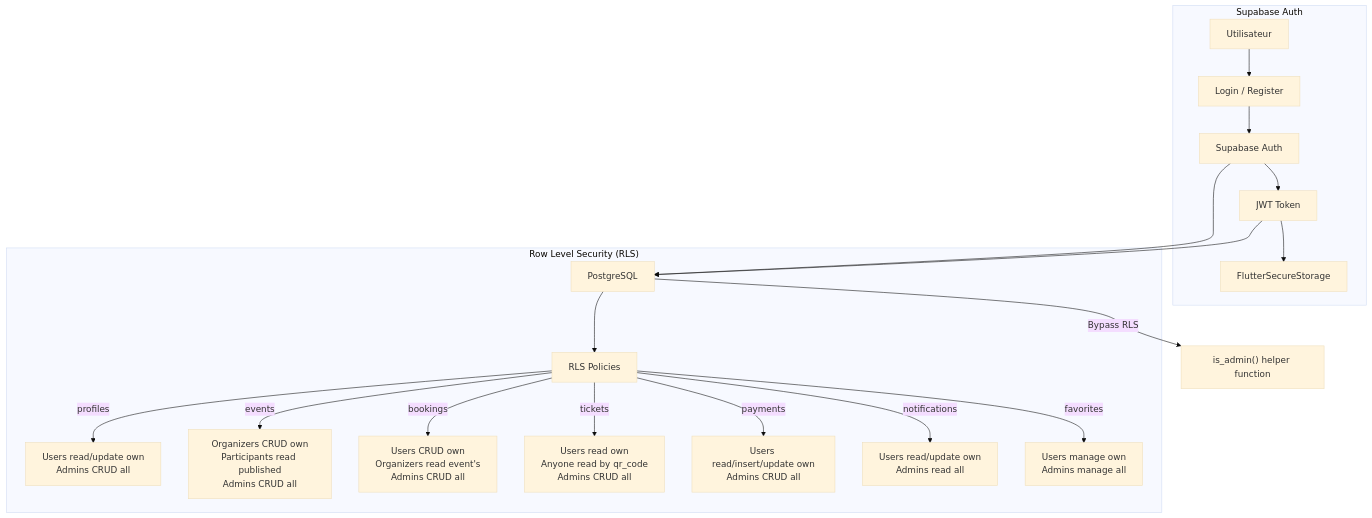
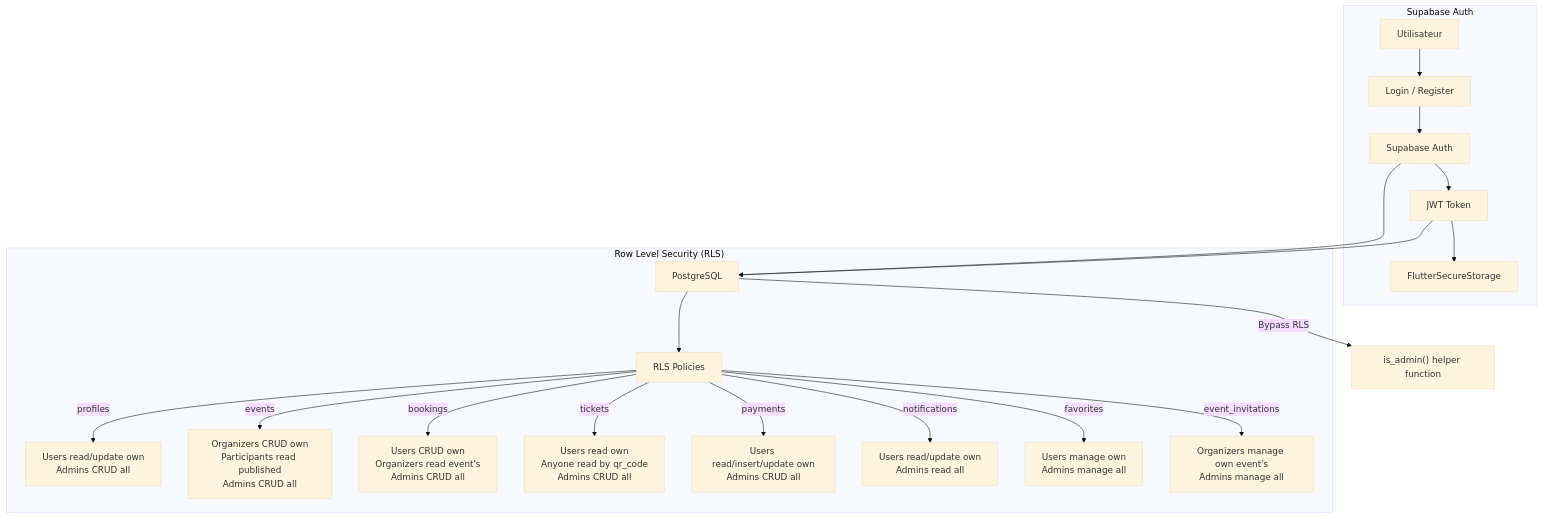
One commit to 24231-Brahim/pi-eventhub changed diagram 13 of 13 in FICHE_EXTRACTION_EVENTHUB.md. Above: the diagram before and after it, drawn with Mermaid (base theme). The commit also changed other lines of this file and 74 other files, not shown here.

````diff
--- a/FICHE_EXTRACTION_EVENTHUB.md
+++ b/FICHE_EXTRACTION_EVENTHUB.md
@@ -1164,24 +1209,25 @@
 ```mermaid
 graph TD
     subgraph "Supabase Auth"
         USER["Utilisateur"] --> LOGIN["Login / Register"]
         LOGIN --> SUPABASE["Supabase Auth"]
         SUPABASE --> JWT["JWT Token"]
         JWT --> STORAGE["FlutterSecureStorage"]
     end
 
     subgraph "Row Level Security (RLS)"
         DB["PostgreSQL"] --> POLICY["RLS Policies"]
         POLICY -->|"profiles"| PROF_P["Users read/update own<br/>Admins CRUD all"]
         POLICY -->|"events"| EVT_P["Organizers CRUD own<br/>Participants read published<br/>Admins CRUD all"]
         POLICY -->|"bookings"| BOOK_P["Users CRUD own<br/>Organizers read event's<br/>Admins CRUD all"]
         POLICY -->|"tickets"| TICK_P["Users read own<br/>Anyone read by qr_code<br/>Admins CRUD all"]
         POLICY -->|"payments"| PAY_P["Users read/insert/update own<br/>Admins CRUD all"]
         POLICY -->|"notifications"| NOTIF_P["Users read/update own<br/>Admins read all"]
         POLICY -->|"favorites"| FAV_P["Users manage own<br/>Admins manage all"]
+        POLICY -->|"event_invitations"| INV_P["Organizers manage own event's<br/>Admins manage all"]
     end
 
     DB -->|"Bypass RLS"| ADMIN_FN["is_admin() helper function"]
     SUPABASE --> DB
     JWT --> DB
 ```
````
